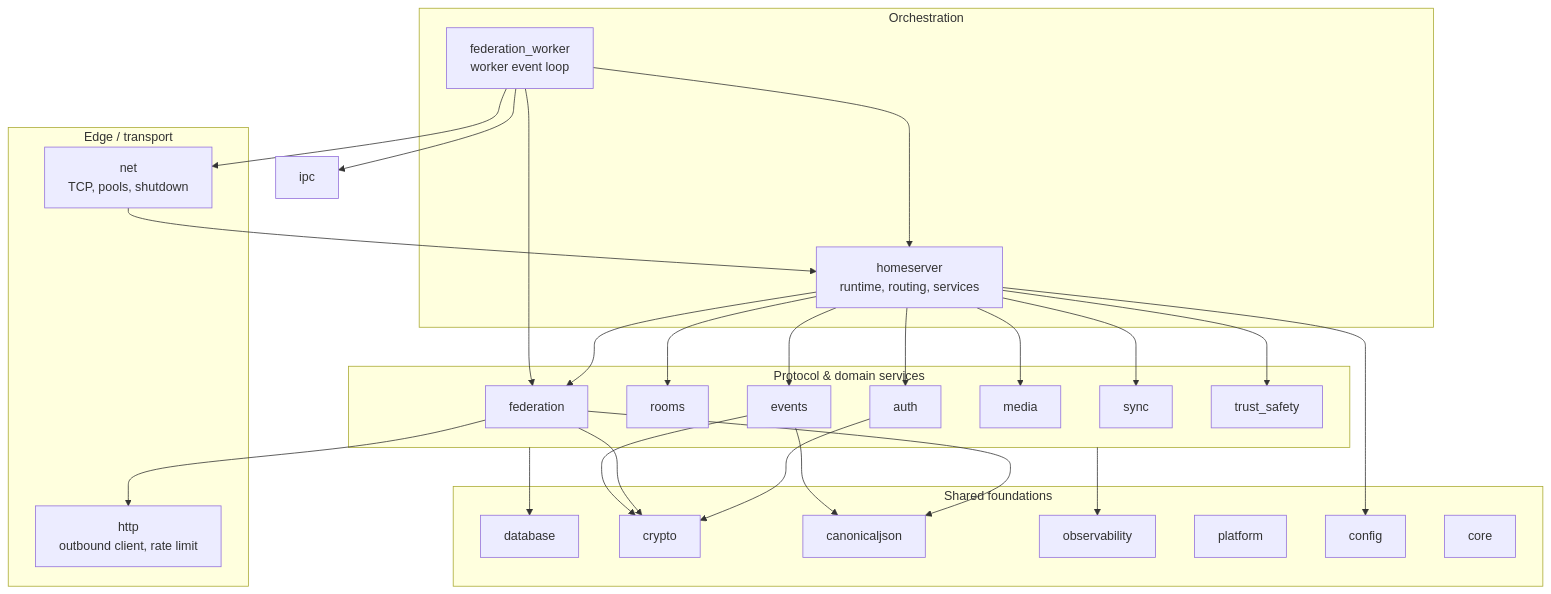
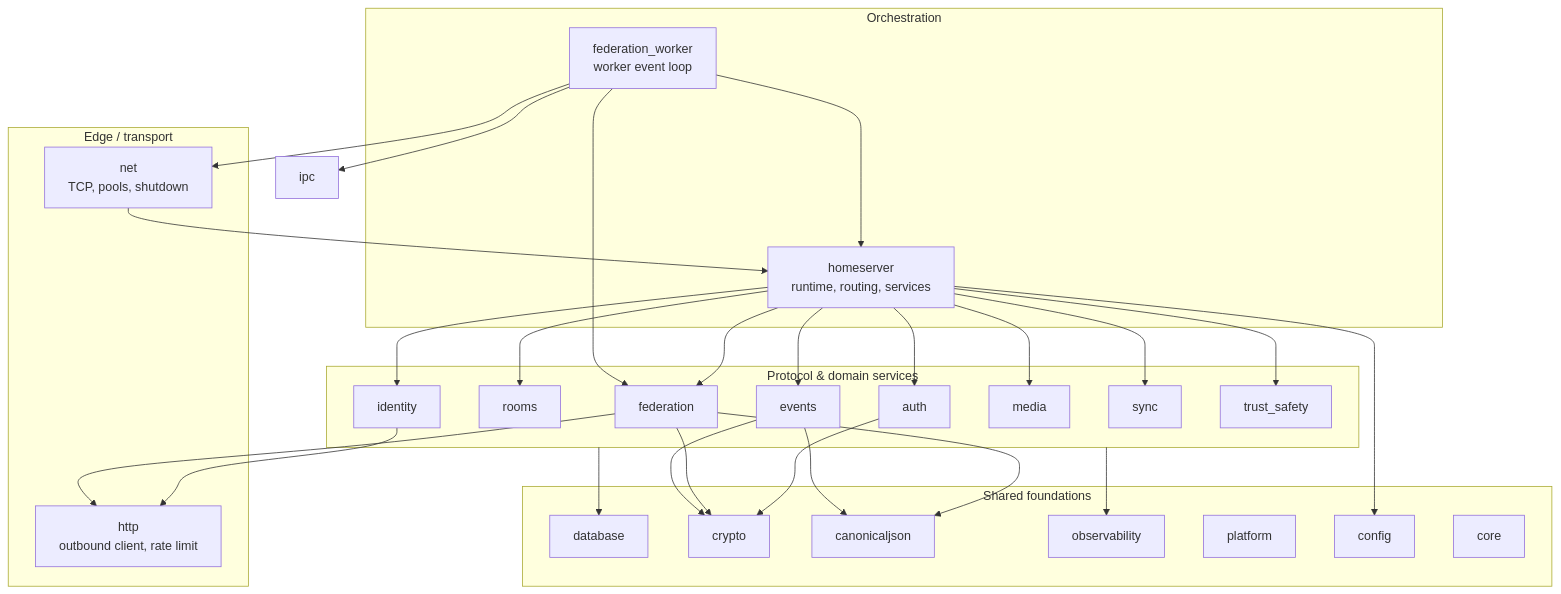
One commit to OMG-Software/Merovingian changed the second of 6 diagrams in docs/architecture.md. Above: the diagram before and after it, drawn with Mermaid. The commit also changed other lines of this file and 64 other files, not shown here.

First line of the commit message:
Capability-gap closures: 3PID identity-server lookup, sliding sync required_state merge, admin rate-limit + 401/403 (0.11.9) (#477)

````diff
--- a/docs/architecture.md
+++ b/docs/architecture.md
@@ -89,40 +90,42 @@
 ```mermaid
 flowchart TB
     subgraph edge["Edge / transport"]
         net["net<br/>TCP, pools, shutdown"]
         http["http<br/>outbound client, rate limit"]
     end
     subgraph orchestration["Orchestration"]
         homeserver["homeserver<br/>runtime, routing, services"]
         fedworker_mod["federation_worker<br/>worker event loop"]
     end
     subgraph services["Protocol & domain services"]
         auth["auth"]
         rooms["rooms"]
         events["events"]
         federation["federation"]
+        identity["identity"]
         media["media"]
         sync["sync"]
         trust_safety["trust_safety"]
     end
     subgraph foundations["Shared foundations"]
         database["database"]
         crypto["crypto"]
         canonicaljson["canonicaljson"]
         observability["observability"]
         platform["platform"]
         config["config"]
         core["core"]
     end
 
     net --> homeserver
     fedworker_mod --> homeserver & federation & ipc & net
-    homeserver --> auth & rooms & events & federation & media & sync & trust_safety
+    homeserver --> auth & rooms & events & federation & media & sync & trust_safety & identity
     federation --> http
+    identity --> http
     services --> database
     events --> crypto & canonicaljson
     federation --> crypto & canonicaljson
     auth --> crypto
     services --> observability
     homeserver --> config
 ```
````
